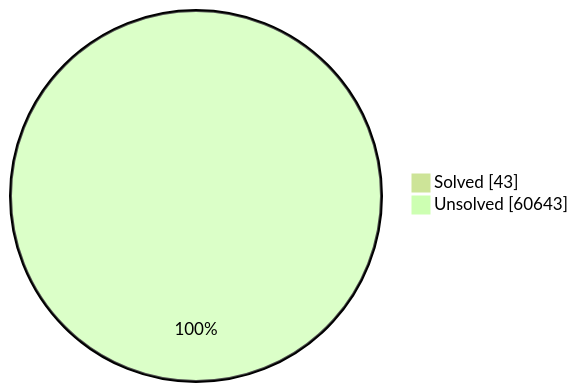
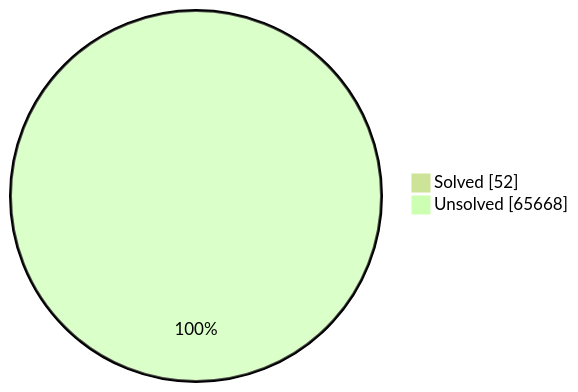
The first of 2 diagrams in README.md (trintlermint/problem-sets), drawn with Mermaid (forest theme) before and after one commit. The commit also changed other lines of this file and 3 other files, not shown here.

````diff
--- a/README.md
+++ b/README.md
@@ -36,5 +36,5 @@
 ```mermaid
 pie showData
-    "Solved" : 43
-    "Unsolved" : 60643
+    "Solved" : 52
+    "Unsolved" : 65668
 ```
````
